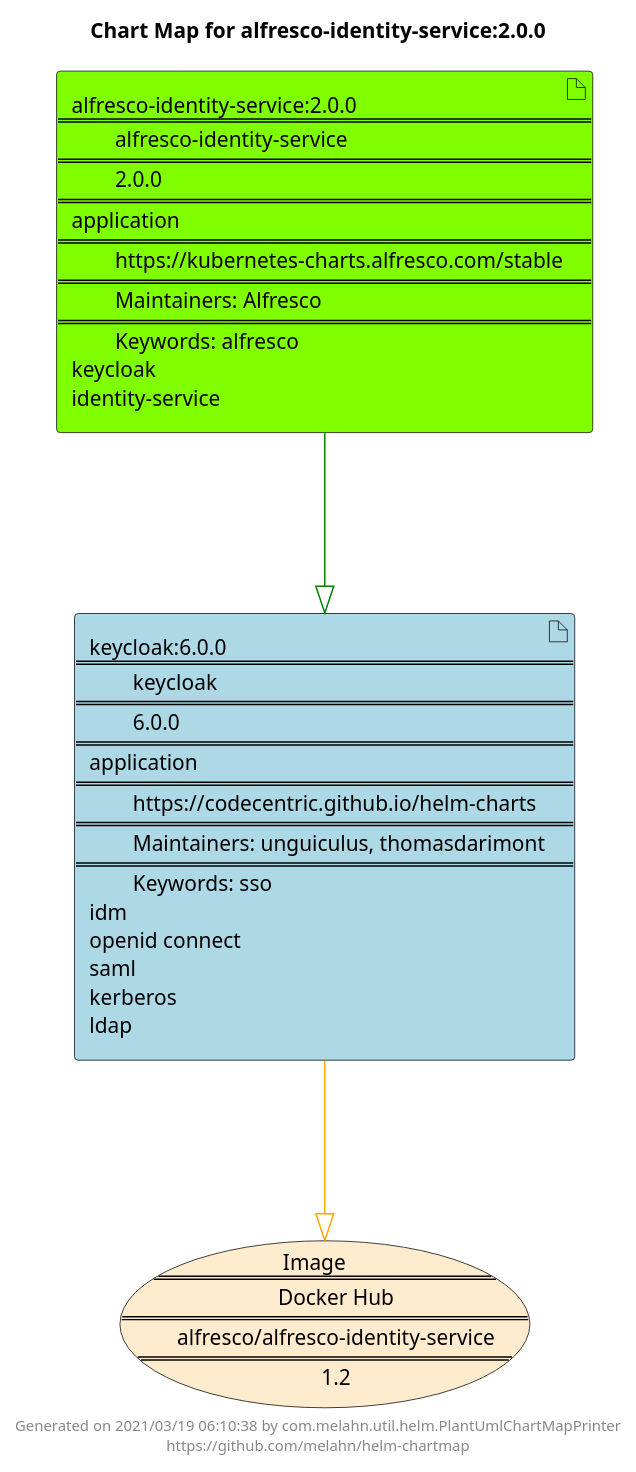
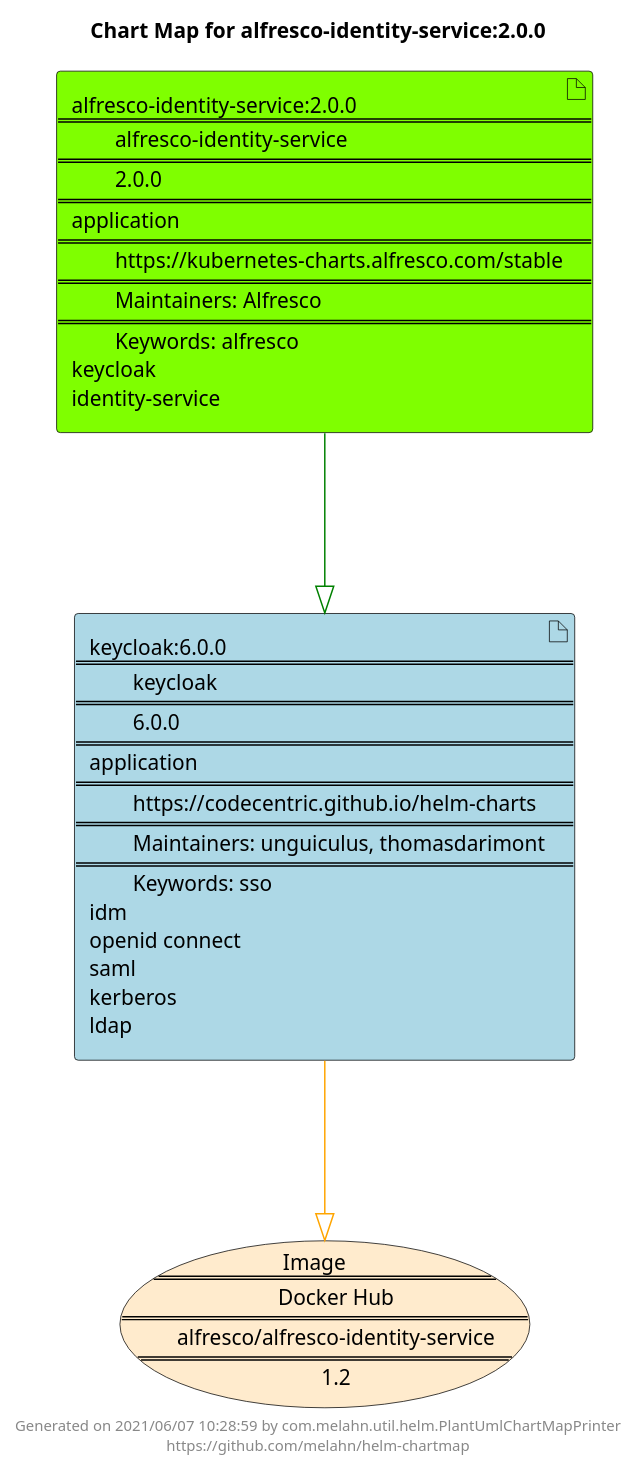
Before and after one commit to melahn/helm-chartmap: the diagram in docs/alfresco-identity-service/alfresco-identity-service-2.0.0.puml, drawn with PlantUML. The commit also changed 32 other files, not shown here.

Commit message:
Updating chartmap examples

```diff
--- a/docs/alfresco-identity-service/alfresco-identity-service-2.0.0.puml
+++ b/docs/alfresco-identity-service/alfresco-identity-service-2.0.0.puml
@@ -1,23 +1,23 @@
 @startuml
 skinparam linetype ortho
 skinparam backgroundColor white
 skinparam usecaseBorderColor black
 skinparam usecaseArrowColor LightSlateGray
 skinparam artifactBorderColor black
 skinparam artifactArrowColor LightSlateGray
 
 title Chart Map for alfresco-identity-service:2.0.0
 
 'There are 2 referenced Helm Charts
 artifact "keycloak:6.0.0\n====\n\tkeycloak\n====\n\t6.0.0\n====\napplication\n====\n\thttps://codecentric.github.io/helm-charts\n====\n\tMaintainers: unguiculus, thomasdarimont\n====\n\tKeywords: sso\nidm\nopenid connect\nsaml\nkerberos\nldap" as keycloak_6_0_0 #LightBlue
 artifact "alfresco-identity-service:2.0.0\n====\n\talfresco-identity-service\n====\n\t2.0.0\n====\napplication\n====\n\thttps://kubernetes-charts.alfresco.com/stable\n====\n\tMaintainers: Alfresco\n====\n\tKeywords: alfresco\nkeycloak\nidentity-service" as alfresco_identity_service_2_0_0 #Chartreuse
 
 'There is one referenced Docker Image
 usecase "Image\n====\n\tDocker Hub\n====\n\talfresco/alfresco-identity-service\n====\n\t1.2" as alfresco_alfresco_identity_service_1_2 #BlanchedAlmond
 
 'Chart Dependencies
 alfresco_identity_service_2_0_0--[#green]-|>keycloak_6_0_0
 keycloak_6_0_0--[#orange]-|>alfresco_alfresco_identity_service_1_2
 
-center footer Generated on 2021/03/19 06:10:38 by com.melahn.util.helm.PlantUmlChartMapPrinter\nhttps://github.com/melahn/helm-chartmap
+center footer Generated on 2021/06/07 10:28:59 by com.melahn.util.helm.PlantUmlChartMapPrinter\nhttps://github.com/melahn/helm-chartmap
 @enduml
```
